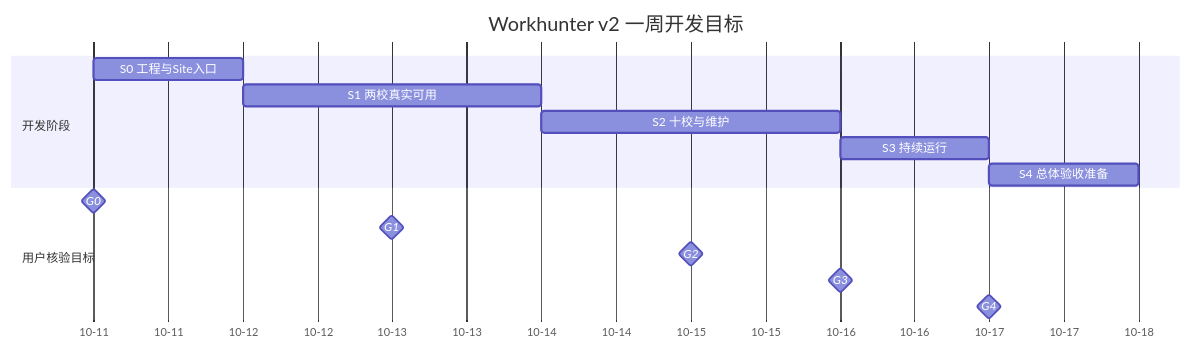
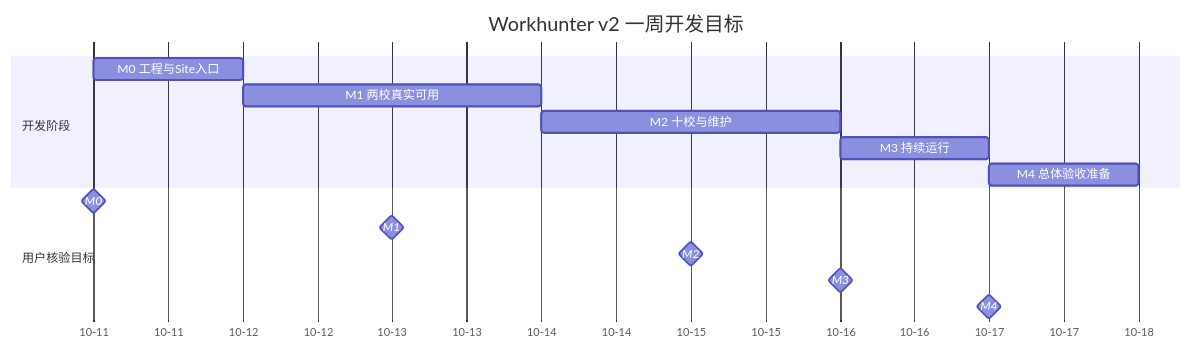
Before and after one commit to caor3693-cmyk/Workhunter-v2.0: the diagram in docs/ROADMAP.md, drawn with Mermaid. The commit also changed other lines of this file and 14 other files, not shown here.

````diff
--- a/docs/ROADMAP.md
+++ b/docs/ROADMAP.md
@@ -44,18 +44,18 @@
 ```mermaid
 gantt
     title Workhunter v2 一周开发目标
     dateFormat YYYY-MM-DD
     axisFormat %m-%d
     section 开发阶段
-    S0 工程与Site入口 :s0, 2026-10-11, 1d
-    S1 两校真实可用 :s1, 2026-10-12, 2d
-    S2 十校与维护 :s2, 2026-10-14, 2d
-    S3 持续运行 :s3, 2026-10-16, 1d
-    S4 总体验收准备 :s4, 2026-10-17, 1d
+    M0 工程与Site入口 :s0, 2026-10-11, 1d
+    M1 两校真实可用 :s1, 2026-10-12, 2d
+    M2 十校与维护 :s2, 2026-10-14, 2d
+    M3 持续运行 :s3, 2026-10-16, 1d
+    M4 总体验收准备 :s4, 2026-10-17, 1d
     section 用户核验目标
-    G0 :milestone, g0, 2026-10-11, 0d
-    G1 :milestone, g1, 2026-10-13, 0d
-    G2 :milestone, g2, 2026-10-15, 0d
-    G3 :milestone, g3, 2026-10-16, 0d
-    G4 :milestone, g4, 2026-10-17, 0d
+    M0 :milestone, g0, 2026-10-11, 0d
+    M1 :milestone, g1, 2026-10-13, 0d
+    M2 :milestone, g2, 2026-10-15, 0d
+    M3 :milestone, g3, 2026-10-16, 0d
+    M4 :milestone, g4, 2026-10-17, 0d
 ```
````
